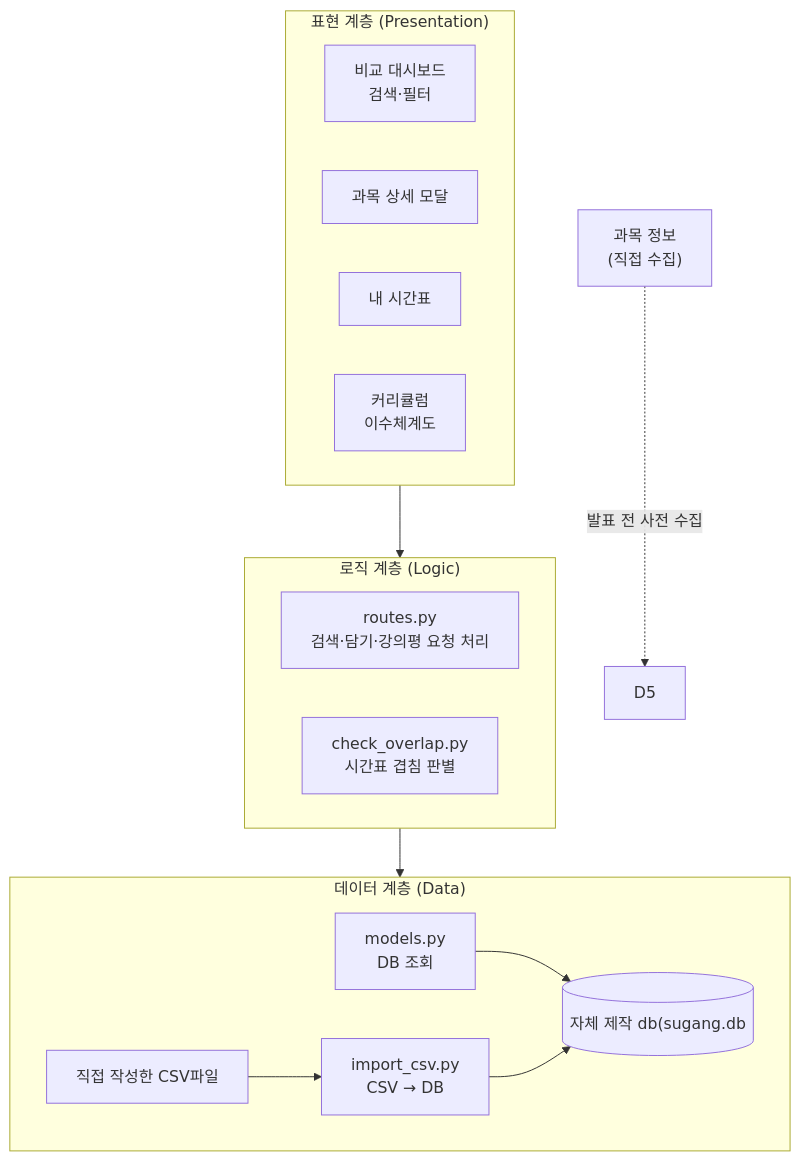
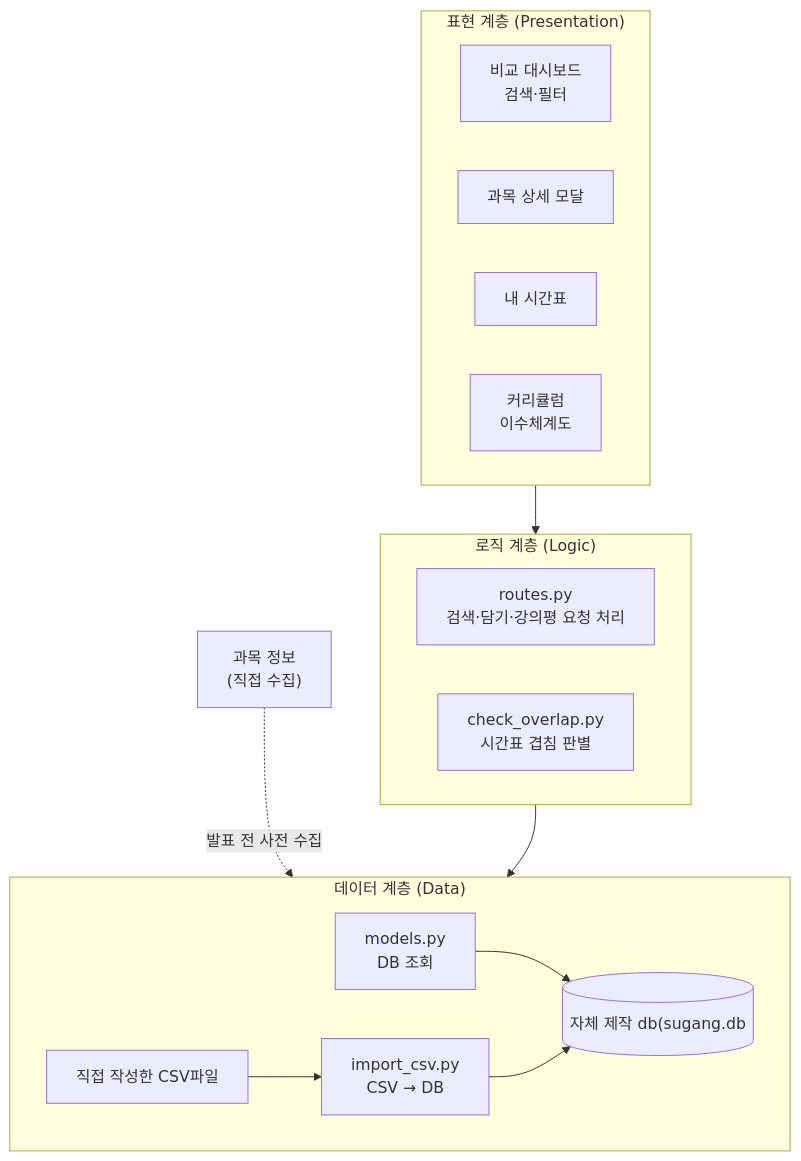
The diagram in docs/week-07.md (Junseok626/aix-2026f-team12), drawn with Mermaid before and after one commit.

Commit message:
Update dependency reference in week-07.md

````diff
--- a/docs/week-07.md
+++ b/docs/week-07.md
@@ -11,35 +11,35 @@
 ```mermaid
 flowchart TB
     subgraph P["표현 계층 (Presentation)"]
         direction LR
        
         P1["비교 대시보드<br/>검색·필터"]
         P2["과목 상세 모달"]
         P3["내 시간표"]
         P4["커리큘럼<br/>이수체계도"]
     end
 
     subgraph L["로직 계층 (Logic)"]
         direction LR
         L1["routes.py<br/>검색·담기·강의평 요청 처리"]
         L2["check_overlap.py<br/>시간표 겹침 판별"]
     end
 
     subgraph D["데이터 계층 (Data)"]
         direction LR
         D1["models.py<br/>DB 조회"]
         D2[("자체 제작 db(sugang.db")]
         D3["import_csv.py<br/>CSV → DB"]
         D4["직접 작성한 CSV파일"]
         D1 --> D2
         D3 --> D2
         D4 --> D3
         
     end
 
     EXT["과목 정보<br/>(직접 수집)"]
 
     P --> L
     L --> D
-    EXT -.->|"발표 전 사전 수집"| D5
+    EXT -.->|"발표 전 사전 수집"| D4
 ```
````
